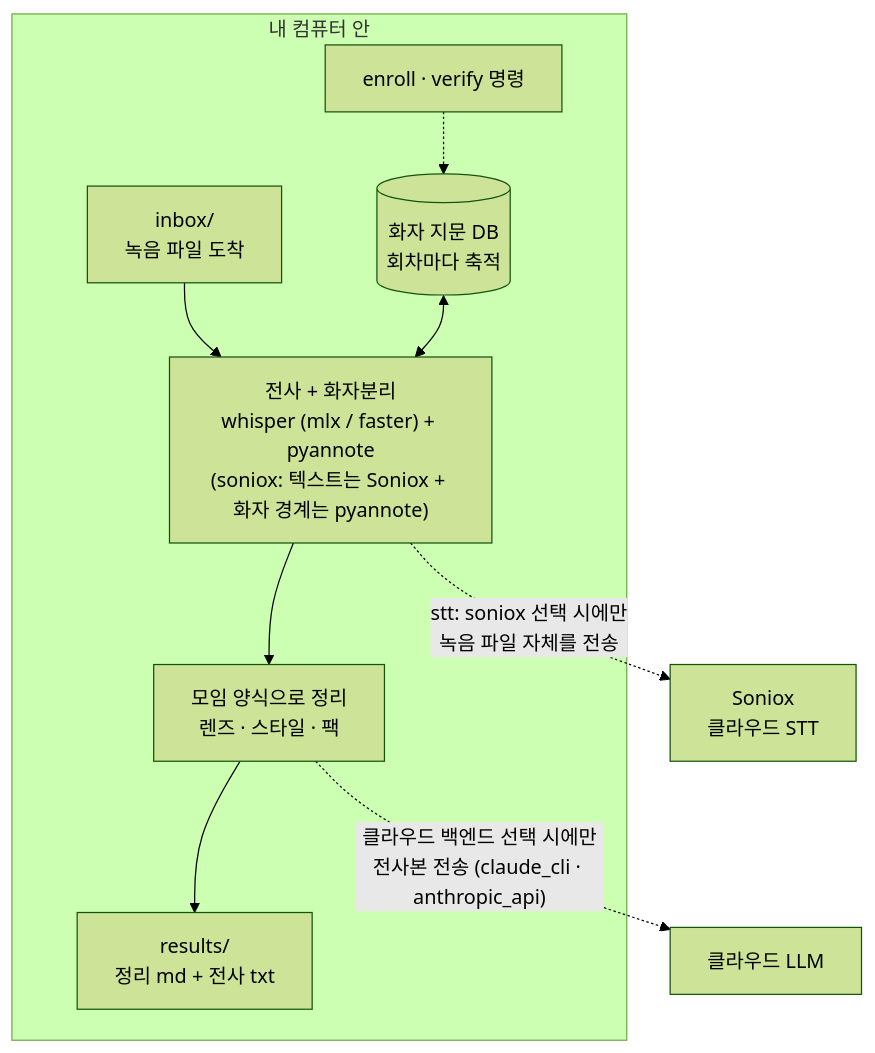
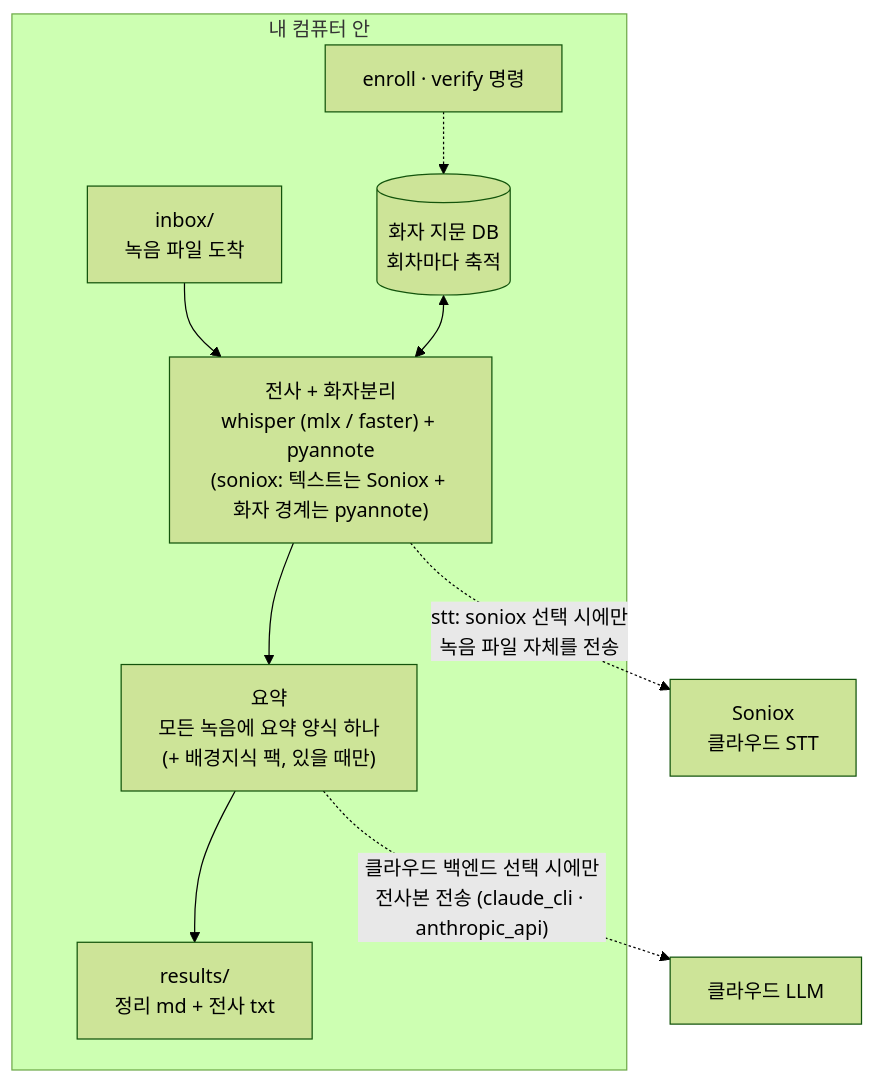
Before and after one commit to kemy-ai/moim-scribe: the diagram in README.ko.md, drawn with Mermaid (forest theme). The commit also changed other lines of this file and 35 other files, not shown here.

````diff
--- a/README.ko.md
+++ b/README.ko.md
@@ -13,12 +13,12 @@
 ```mermaid
 flowchart TD
     subgraph machine["내 컴퓨터 안"]
         A["inbox/<br>녹음 파일 도착"] --> B["전사 + 화자분리<br>whisper (mlx / faster) + pyannote<br>(soniox: 텍스트는 Soniox + 화자 경계는 pyannote)"]
         FP[("화자 지문 DB<br>회차마다 축적")] <--> B
-        B --> C["모임 양식으로 정리<br>렌즈 · 스타일 · 팩"]
+        B --> C["요약<br>모든 녹음에 요약 양식 하나<br>(+ 배경지식 팩, 있을 때만)"]
         C --> D["results/<br>정리 md + 전사 txt"]
         V["enroll · verify 명령"] -.-> FP
     end
     B -.->|"stt: soniox 선택 시에만<br>녹음 파일 자체를 전송"| STT["Soniox<br>클라우드 STT"]
     C -.->|"클라우드 백엔드 선택 시에만<br>전사본 전송 (claude_cli · anthropic_api)"| LLM["클라우드 LLM"]
 ```
````
